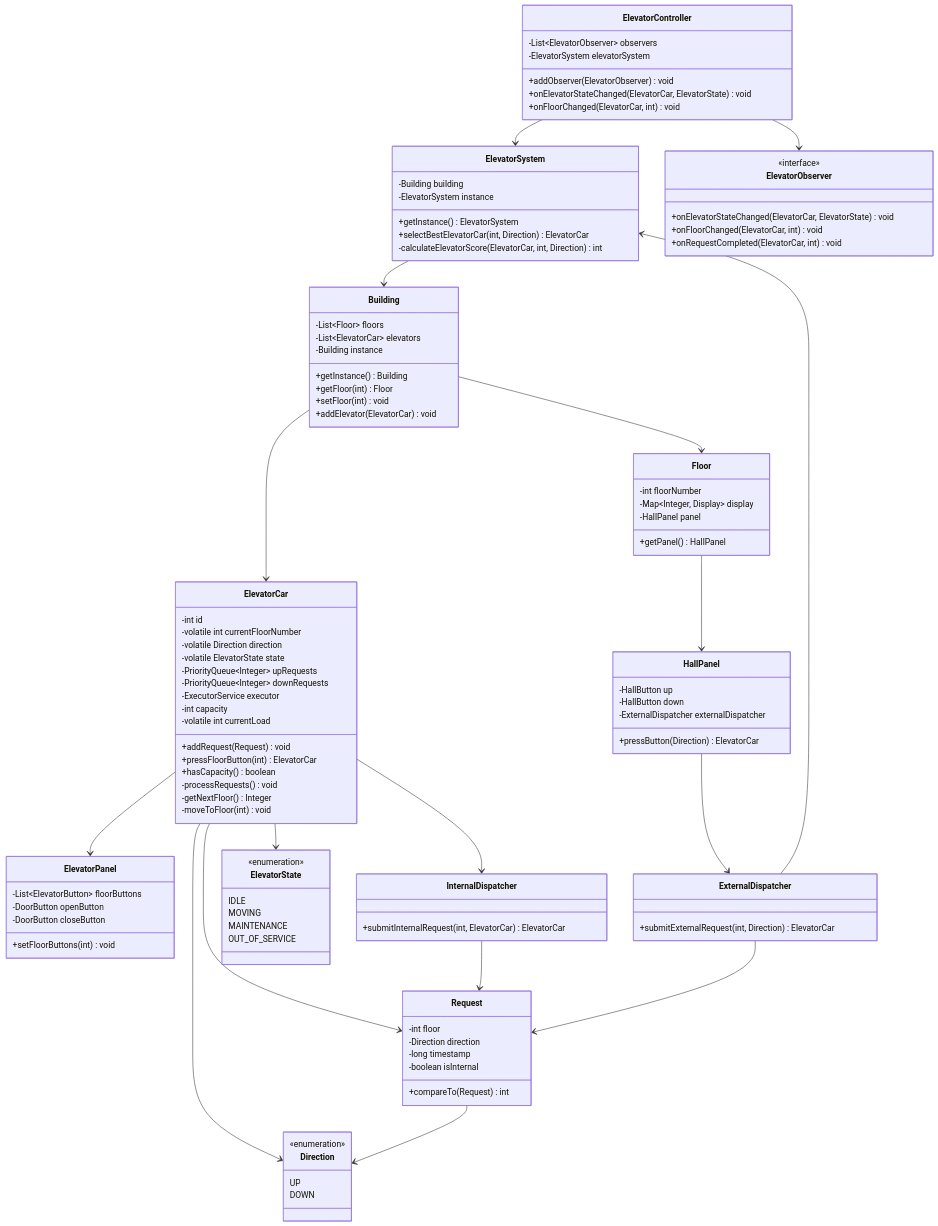
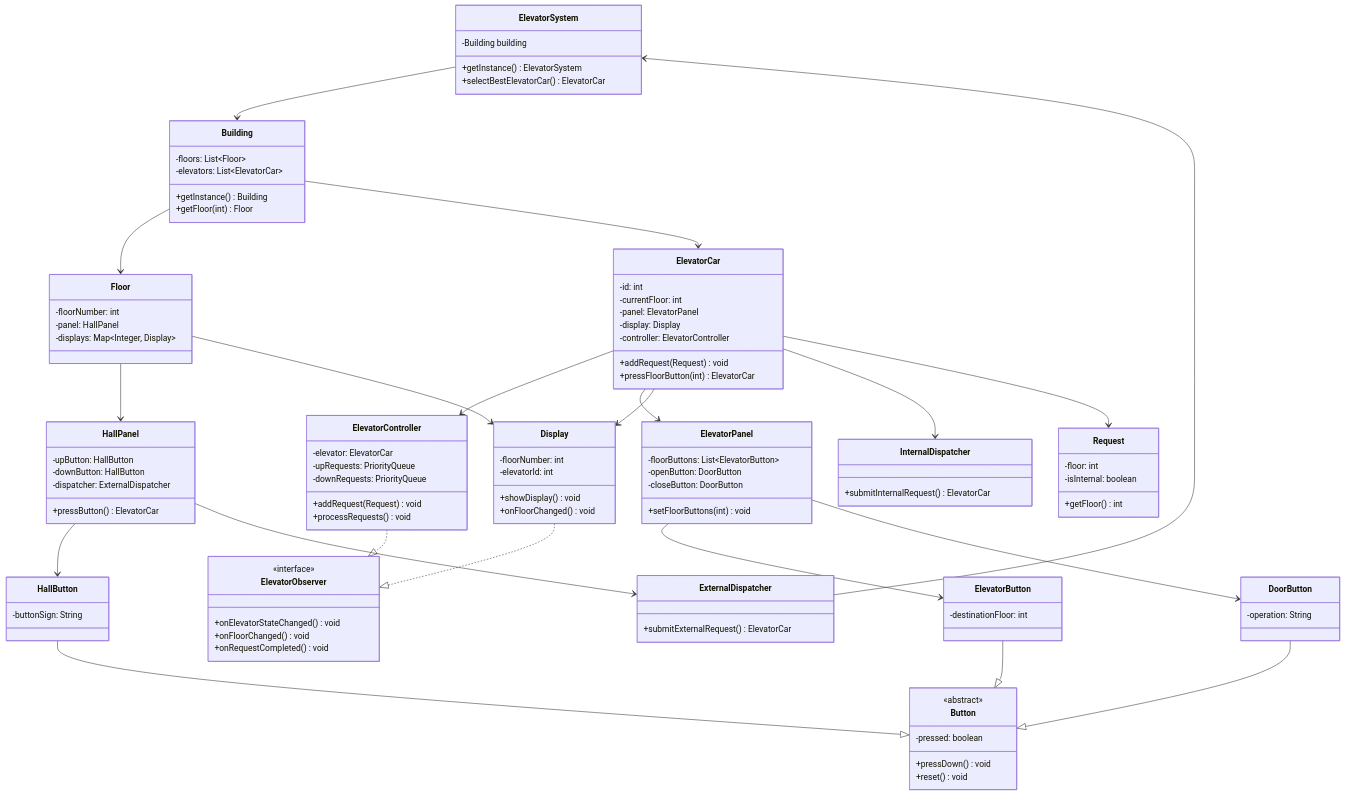
Before and after one commit to deepak07031999/Elevator: the first of 3 diagrams in README.md, drawn with Mermaid. The commit also changed other lines of this file, not shown here.

````diff
--- a/README.md
+++ b/README.md
@@ -28,120 +28,133 @@
 classDiagram
     class ElevatorSystem {
         -Building building
-        -ElevatorSystem instance
         +getInstance() ElevatorSystem
-        +selectBestElevatorCar(int, Direction) ElevatorCar
-        -calculateElevatorScore(ElevatorCar, int, Direction) int
+        +selectBestElevatorCar() ElevatorCar
     }
     
     class Building {
-        -List~Floor~ floors
-        -List~ElevatorCar~ elevators
-        -Building instance
+        -floors: List~Floor~
+        -elevators: List~ElevatorCar~
         +getInstance() Building
         +getFloor(int) Floor
-        +setFloor(int) void
-        +addElevator(ElevatorCar) void
+    }
+    
+    class Floor {
+        -floorNumber: int
+        -panel: HallPanel
+        -displays: Map~Integer, Display~
     }
     
     class ElevatorCar {
-        -int id
-        -volatile int currentFloorNumber
-        -volatile Direction direction
-        -volatile ElevatorState state
-        -PriorityQueue~Integer~ upRequests
-        -PriorityQueue~Integer~ downRequests
-        -ExecutorService executor
-        -int capacity
-        -volatile int currentLoad
+        -id: int
+        -currentFloor: int
+        -panel: ElevatorPanel
+        -display: Display
+        -controller: ElevatorController
         +addRequest(Request) void
         +pressFloorButton(int) ElevatorCar
-        +hasCapacity() boolean
-        -processRequests() void
-        -getNextFloor() Integer
-        -moveToFloor(int) void
+    }
+    
+    class ElevatorController {
+        -elevator: ElevatorCar
+        -upRequests: PriorityQueue
+        -downRequests: PriorityQueue
+        +addRequest(Request) void
+        +processRequests() void
     }
     
     class Request {
-        -int floor
-        -Direction direction
-        -long timestamp
-        -boolean isInternal
-        +compareTo(Request) int
-    }
-    
-    class Floor {
-        -int floorNumber
-        -Map~Integer, Display~ display
-        -HallPanel panel
-        +getPanel() HallPanel
+        -floor: int
+        -isInternal: boolean
+        +getFloor() int
     }
     
     class HallPanel {
-        -HallButton up
-        -HallButton down
-        -ExternalDispatcher externalDispatcher
-        +pressButton(Direction) ElevatorCar
+        -upButton: HallButton
+        -downButton: HallButton
+        -dispatcher: ExternalDispatcher
+        +pressButton() ElevatorCar
     }
     
     class ElevatorPanel {
-        -List~ElevatorButton~ floorButtons
-        -DoorButton openButton
-        -DoorButton closeButton
+        -floorButtons: List~ElevatorButton~
+        -openButton: DoorButton
+        -closeButton: DoorButton
         +setFloorButtons(int) void
     }
     
+    class Display {
+        -floorNumber: int
+        -elevatorId: int
+        +showDisplay() void
+        +onFloorChanged() void
+    }
+    
+    class Button {
+        <<abstract>>
+        -pressed: boolean
+        +pressDown() void
+        +reset() void
+    }
+    
+    class ElevatorButton {
+        -destinationFloor: int
+    }
+    
+    class HallButton {
+        -buttonSign: String
+    }
+    
+    class DoorButton {
+        -operation: String
+    }
+    
     class InternalDispatcher {
-        +submitInternalRequest(int, ElevatorCar) ElevatorCar
+        +submitInternalRequest() ElevatorCar
     }
     
     class ExternalDispatcher {
-        +submitExternalRequest(int, Direction) ElevatorCar
-    }
-    
-    class ElevatorController {
-        -List~ElevatorObserver~ observers
-        -ElevatorSystem elevatorSystem
-        +addObserver(ElevatorObserver) void
-        +onElevatorStateChanged(ElevatorCar, ElevatorState) void
-        +onFloorChanged(ElevatorCar, int) void
+        +submitExternalRequest() ElevatorCar
     }
     
     class ElevatorObserver {
         <<interface>>
-        +onElevatorStateChanged(ElevatorCar, ElevatorState) void
-        +onFloorChanged(ElevatorCar, int) void
-        +onRequestCompleted(ElevatorCar, int) void
+        +onElevatorStateChanged() void
+        +onFloorChanged() void
+        +onRequestCompleted() void
     }
     
-    class ElevatorState {
-        <<enumeration>>
-        IDLE
-        MOVING
-        MAINTENANCE
-        OUT_OF_SERVICE
-    }
-    
-    class Direction {
-        <<enumeration>>
-        UP
-        DOWN
-    }
-    
+    %% Core System Relationships
     ElevatorSystem --> Building
     Building --> Floor
     Building --> ElevatorCar
+    
+    %% Elevator Relationships
+    ElevatorCar --> ElevatorController
+    ElevatorCar --> ElevatorPanel
+    ElevatorCar --> Display
+    ElevatorCar --> InternalDispatcher
     ElevatorCar --> Request
-    ElevatorCar --> ElevatorPanel
-    ElevatorCar --> InternalDispatcher
-    ElevatorCar --> ElevatorState
-    ElevatorCar --> Direction
+    
+    %% Floor Relationships
     Floor --> HallPanel
+    Floor --> Display
+    
+    %% Panel Relationships
+    ElevatorPanel --> ElevatorButton
+    ElevatorPanel --> DoorButton
+    HallPanel --> HallButton
     HallPanel --> ExternalDispatcher
+    
+    %% Button Inheritance
+    ElevatorButton --|> Button
+    HallButton --|> Button
+    DoorButton --|> Button
+    
+    %% Dispatcher Relationships
     ExternalDispatcher --> ElevatorSystem
-    InternalDispatcher --> Request
-    ExternalDispatcher --> Request
-    Request --> Direction
-    ElevatorController --> ElevatorObserver
-    ElevatorController --> ElevatorSystem
+    
+    %% Observer Pattern
+    Display ..|> ElevatorObserver
+    ElevatorController ..|> ElevatorObserver
 ```
````
